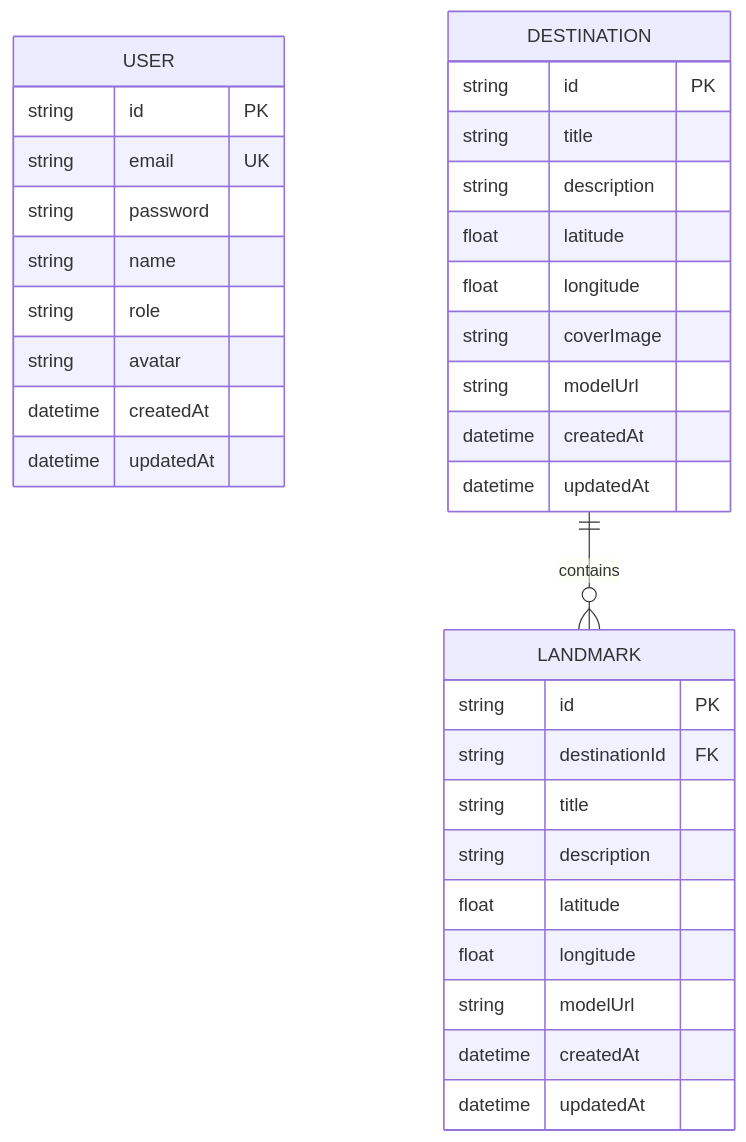
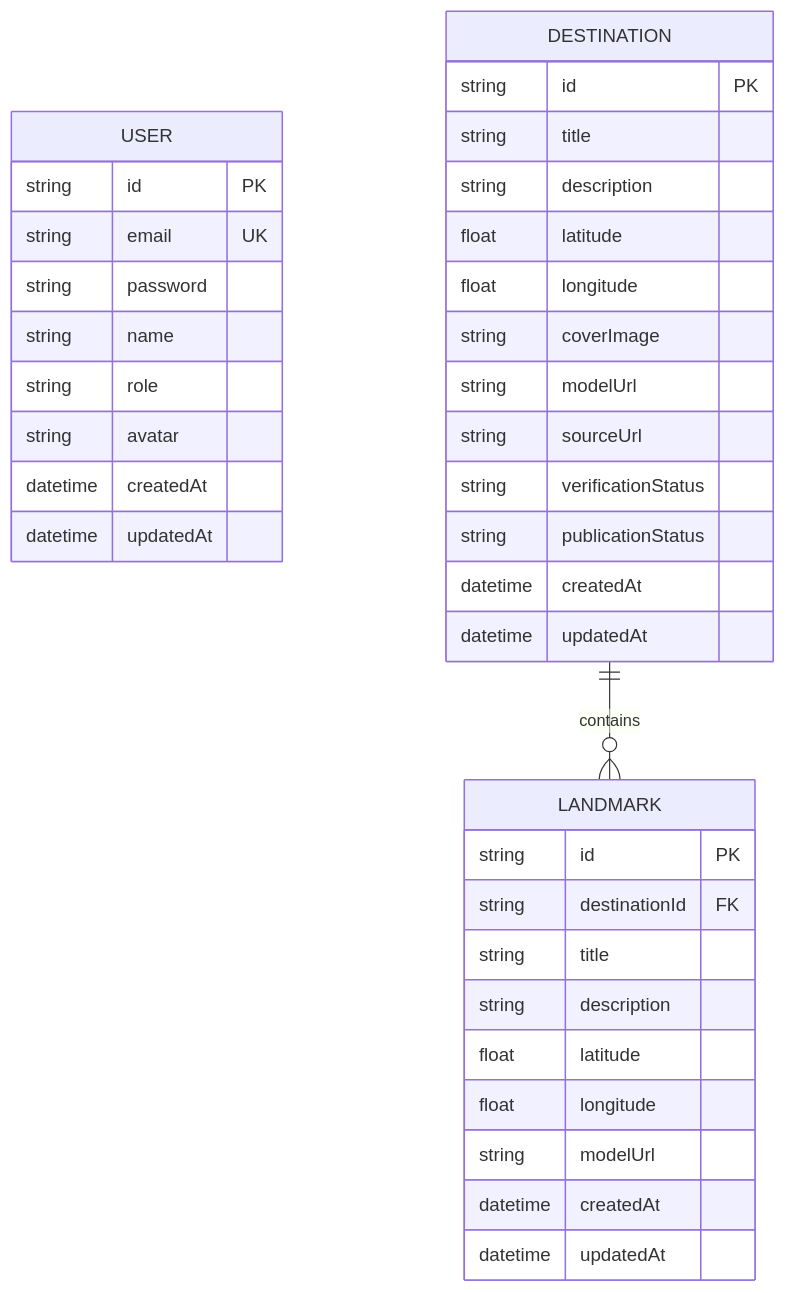
One commit to veejvn/webgl-tourism-exploration changed the first of 2 diagrams in docs/PRODUCT_SCOPE_AND_DOMAIN.md. Above: the diagram before and after it, drawn with Mermaid. The commit also changed other lines of this file and 19 other files, not shown here.

````diff
--- a/docs/PRODUCT_SCOPE_AND_DOMAIN.md
+++ b/docs/PRODUCT_SCOPE_AND_DOMAIN.md
@@ -115,36 +115,39 @@
 ```mermaid
 erDiagram
   USER {
     string id PK
     string email UK
     string password
     string name
     string role
     string avatar
     datetime createdAt
     datetime updatedAt
   }
   DESTINATION {
     string id PK
     string title
     string description
     float latitude
     float longitude
     string coverImage
     string modelUrl
+    string sourceUrl
+    string verificationStatus
+    string publicationStatus
     datetime createdAt
     datetime updatedAt
   }
   LANDMARK {
     string id PK
     string destinationId FK
     string title
     string description
     float latitude
     float longitude
     string modelUrl
     datetime createdAt
     datetime updatedAt
   }
   DESTINATION ||--o{ LANDMARK : contains
 ```
````
